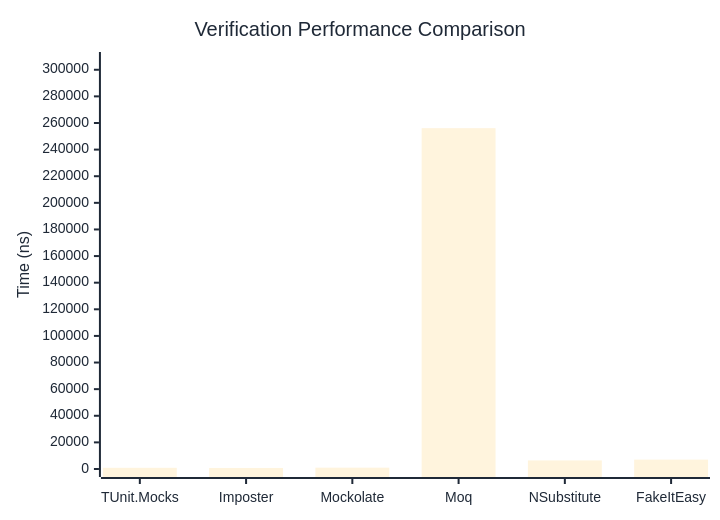
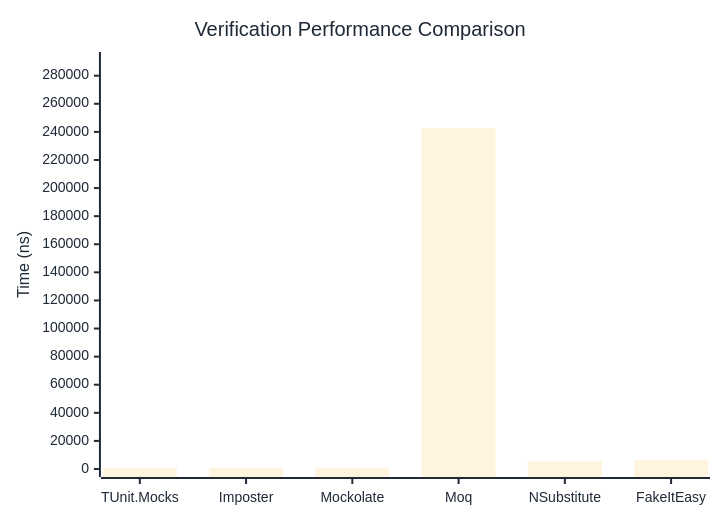
The first of 3 diagrams in docs/docs/benchmarks/mocks/Verification.md (thomhurst/TUnit), drawn with Mermaid before and after one commit. The commit also changed other lines of this file and 14 other files, not shown here.

````diff
--- a/docs/docs/benchmarks/mocks/Verification.md
+++ b/docs/docs/benchmarks/mocks/Verification.md
@@ -28,27 +28,27 @@
 ```mermaid
 %%{init: {
   'theme':'base',
   'themeVariables': {
     'primaryColor': '#2563eb',
     'primaryTextColor': '#1f2937',
     'primaryBorderColor': '#1e40af',
     'lineColor': '#6b7280',
     'secondaryColor': '#7c3aed',
     'tertiaryColor': '#dc2626',
     'background': '#ffffff',
     'pie1': '#2563eb',
     'pie2': '#7c3aed',
     'pie3': '#dc2626',
     'pie4': '#f59e0b',
     'pie5': '#10b981',
     'pie6': '#06b6d4',
     'pie7': '#ec4899',
     'pie8': '#6366f1'
   }
 }}%%
 xychart-beta
   title "Verification Performance Comparison"
   x-axis ["TUnit.Mocks", "Imposter", "Mockolate", "Moq", "NSubstitute", "FakeItEasy"]
-  y-axis "Time (ns)" 0 --> 307329
-  bar [897.91, 781.59, 1003.39, 256106.68, 6446.08, 7042.92]
+  y-axis "Time (ns)" 0 --> 291170
+  bar [764.54, 678.08, 942.96, 242640.94, 5870.17, 6493.05]
 ```
````
